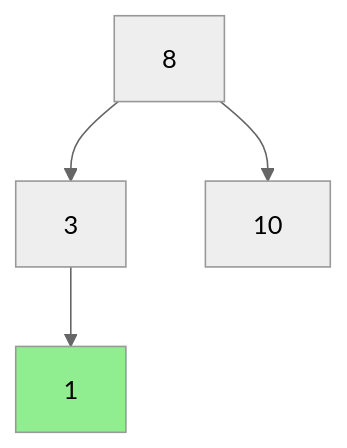
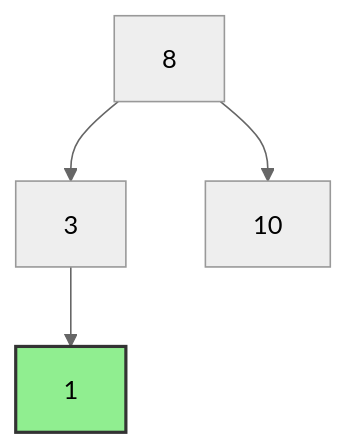
Diagram 11 of 43 in Year_2/Semester_3/DSA_DATA_STRUCTURES_ALGORITHMS/Lectures/Binary_Trees.md (PanagopoulosNikolaos/DitOpenNotes), drawn with Mermaid (neutral theme) before and after one commit. The commit also changed other lines of this file and 4 other files, not shown here.

````diff
--- a/Year_2/Semester_3/DSA_DATA_STRUCTURES_ALGORITHMS/Lectures/Binary_Trees.md
+++ b/Year_2/Semester_3/DSA_DATA_STRUCTURES_ALGORITHMS/Lectures/Binary_Trees.md
@@ -279,7 +279,7 @@
 ```mermaid
 graph TD
     A[8] --> B[3]
     A --> C[10]
     B --> D[1]
-    style D fill:#90EE90
+    style D fill:#90EE90,stroke:#333,stroke-width:2px,color:black
 ```
````
